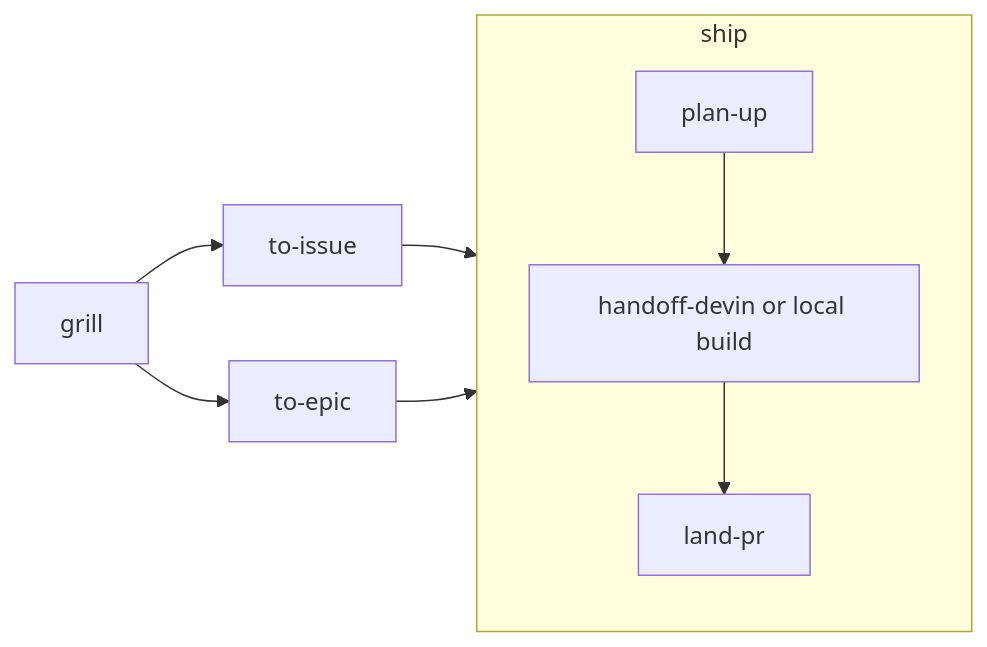
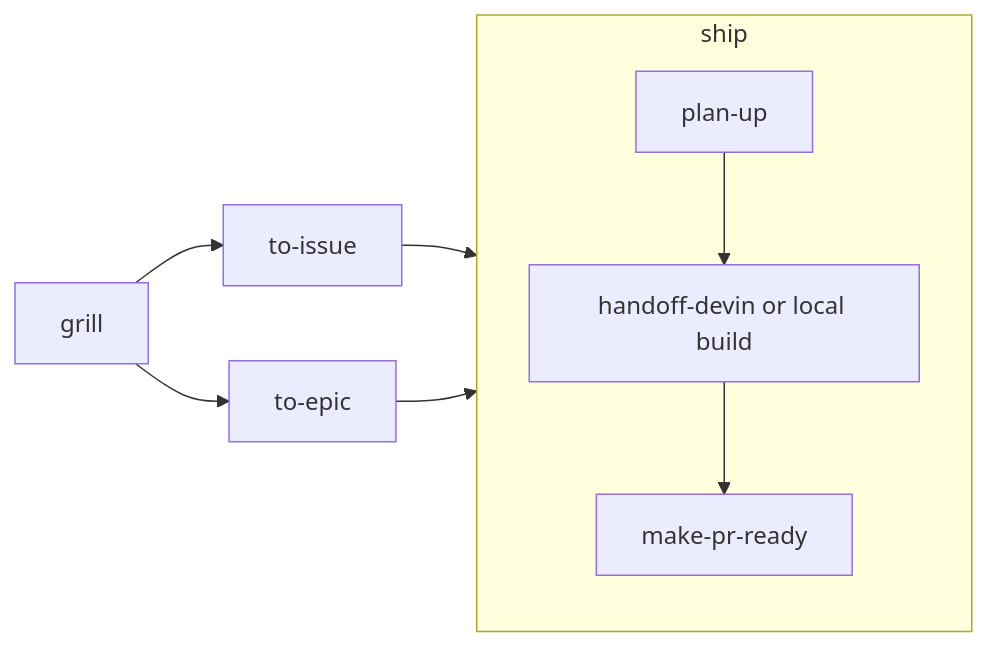
Before and after one commit to linhvu0711/skills: the diagram in README.md, drawn with Mermaid. The commit also changed other lines of this file and 17 other files, not shown here.

First line of the commit message:
refactor(make-pr-ready): rename land-pr, since it never merges

````diff
--- a/README.md
+++ b/README.md
@@ -9,10 +9,10 @@
 ```mermaid
 flowchart LR
   grill --> toissue[to-issue]
   grill --> toepic[to-epic]
   toissue --> ship
   toepic --> ship
   subgraph ship
-    planup[plan-up] --> build[handoff-devin or local build] --> landpr[land-pr]
+    planup[plan-up] --> build[handoff-devin or local build] --> makeprready[make-pr-ready]
   end
 ```
````
